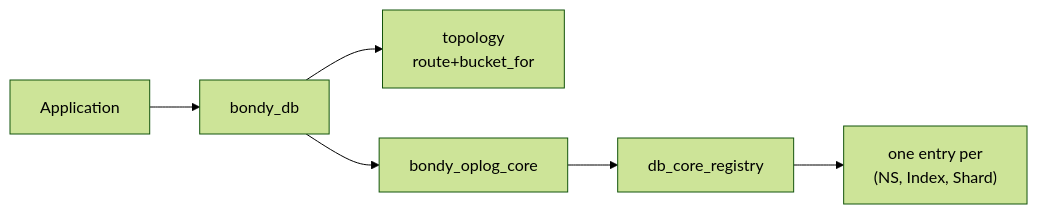
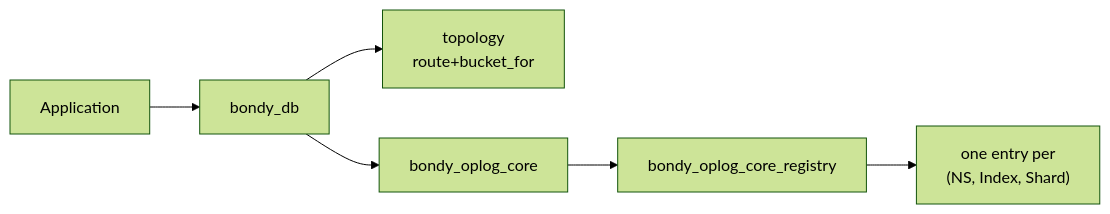
One commit to bondy-io/bondy changed the tenth of 10 diagrams in apps/bondy_db/doc_extras/architecture/03_bondy_db.md. Above: the diagram before and after it, drawn with Mermaid (forest theme). The commit also changed other lines of this file and 55 other files, not shown here.

````diff
--- a/apps/bondy_db/doc_extras/architecture/03_bondy_db.md
+++ b/apps/bondy_db/doc_extras/architecture/03_bondy_db.md
@@ -561,8 +561,8 @@
 ```mermaid
 flowchart LR
     APP[Application] --> FACADE[bondy_db]
     FACADE --> TOPO["topology<br/>route+bucket_for"]
     FACADE --> CORE[bondy_oplog_core]
-    CORE   --> REG[db_core_registry]
+    CORE   --> REG[bondy_oplog_core_registry]
     REG    --> SHARDS["one entry per<br/>(NS, Index, Shard)"]
 ```
````
